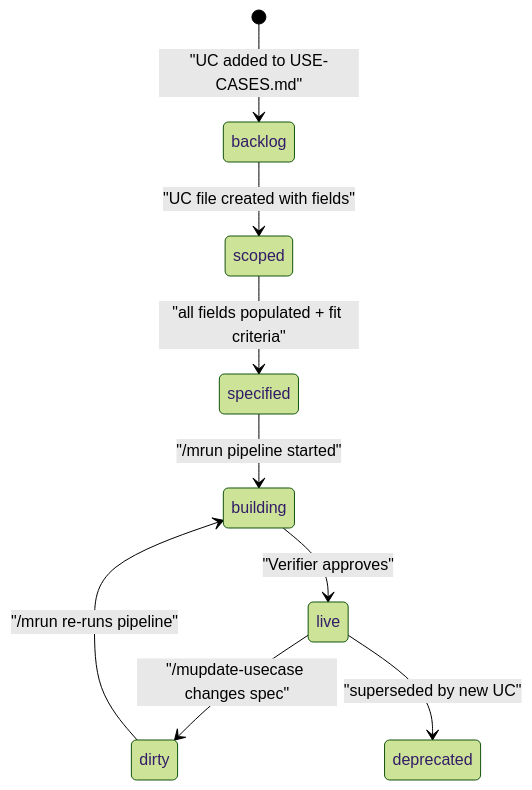
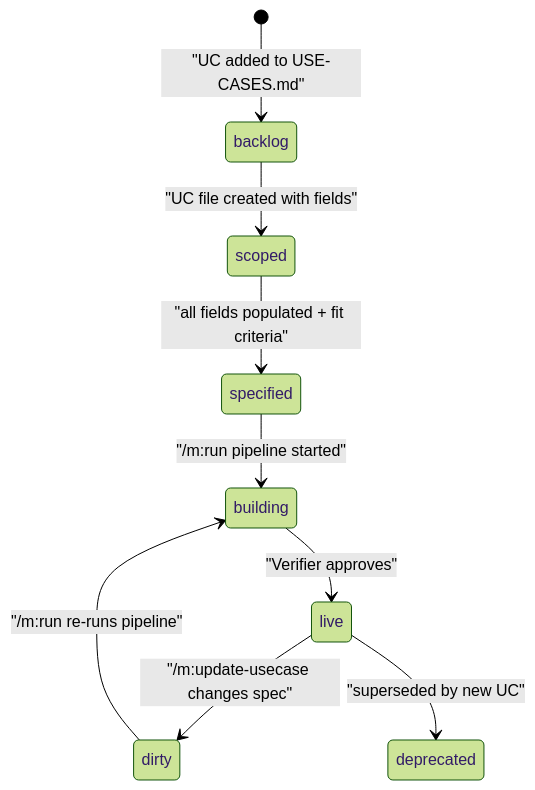
The fifth of 5 diagrams in prd/specs/20260317-0316-v3_spec_system/spec.md (MolcajeteAI/plugin), drawn with Mermaid (forest theme) before and after one commit. The commit also changed other lines of this file and 2 other files, not shown here.

````diff
--- a/prd/specs/20260317-0316-v3_spec_system/spec.md
+++ b/prd/specs/20260317-0316-v3_spec_system/spec.md
@@ -1066,11 +990,11 @@
 ```mermaid
 stateDiagram-v2
     [*] --> backlog : "UC added to USE-CASES.md"
     backlog --> scoped : "UC file created with fields"
     scoped --> specified : "all fields populated + fit criteria"
-    specified --> building : "/mrun pipeline started"
+    specified --> building : "/m:run pipeline started"
     building --> live : "Verifier approves"
-    live --> dirty : "/mupdate-usecase changes spec"
-    dirty --> building : "/mrun re-runs pipeline"
+    live --> dirty : "/m:update-usecase changes spec"
+    dirty --> building : "/m:run re-runs pipeline"
     live --> deprecated : "superseded by new UC"
 ```
````
